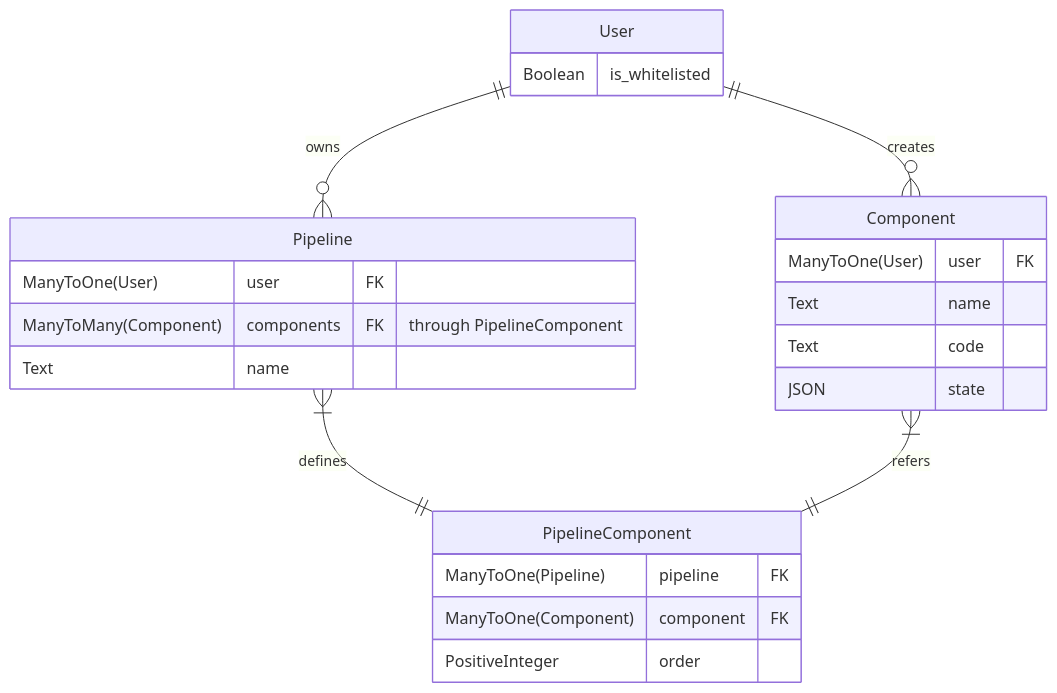
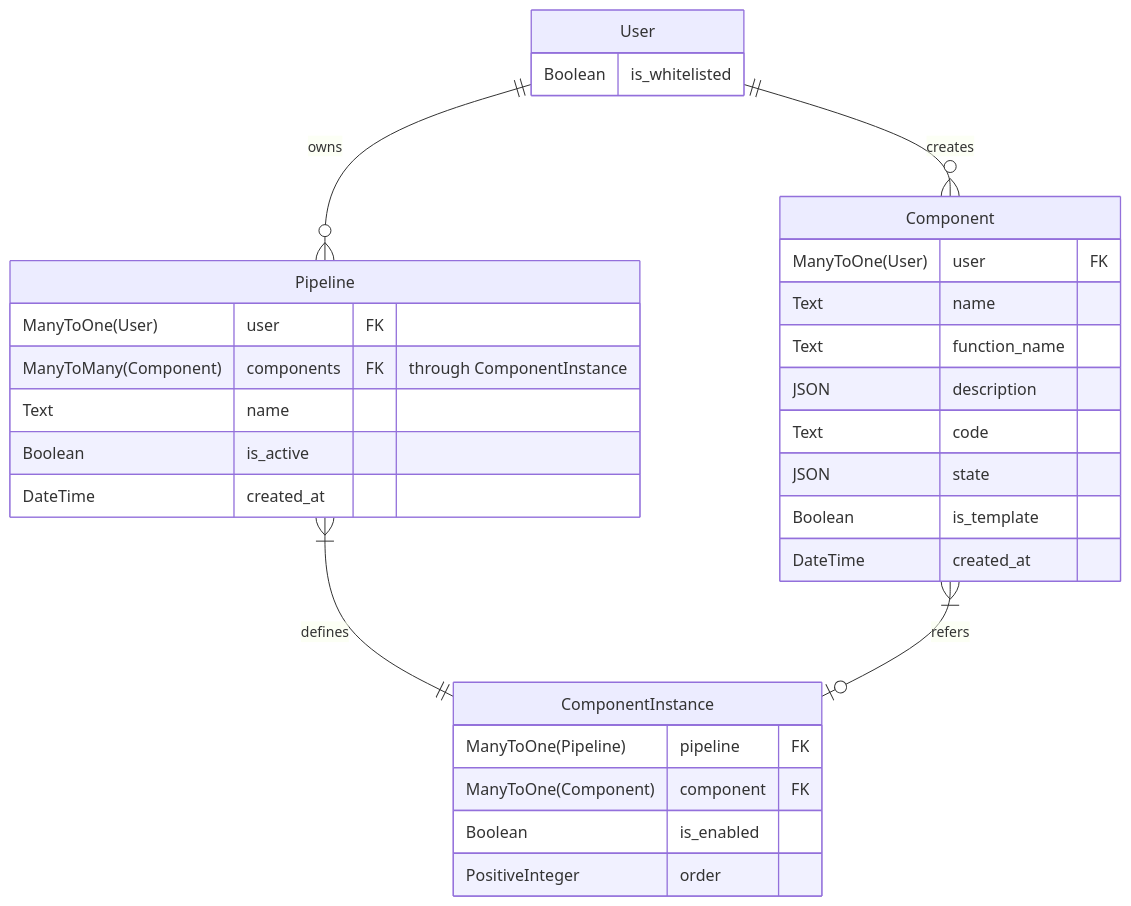
The diagram in README.md (LioQing/chat-composer), drawn with Mermaid before and after one commit. The commit also changed 24 other files, not shown here.

````diff
--- a/README.md
+++ b/README.md
@@ -8,30 +8,37 @@
 ```mermaid
 erDiagram
     User {
         Boolean is_whitelisted
     }
 
     Component {
         ManyToOne(User) user FK
         Text name
+        Text function_name
+        JSON description
         Text code
         JSON state
+        Boolean is_template
+        DateTime created_at
     }
 
     Pipeline {
         ManyToOne(User) user FK
-        ManyToMany(Component) components FK "through PipelineComponent"
+        ManyToMany(Component) components FK "through ComponentInstance"
         Text name
+        Boolean is_active
+        DateTime created_at
     }
 
-    PipelineComponent {
+    ComponentInstance {
         ManyToOne(Pipeline) pipeline FK
         ManyToOne(Component) component FK
+        Boolean is_enabled
         PositiveInteger order
     }
 
     User ||--o{ Pipeline : owns
     User ||--o{ Component : creates
-    Pipeline }|--|| PipelineComponent : defines
-    Component }|--|| PipelineComponent : refers
+    Pipeline }|--|| ComponentInstance : defines
+    Component }|--o| ComponentInstance : refers
 ```
````
